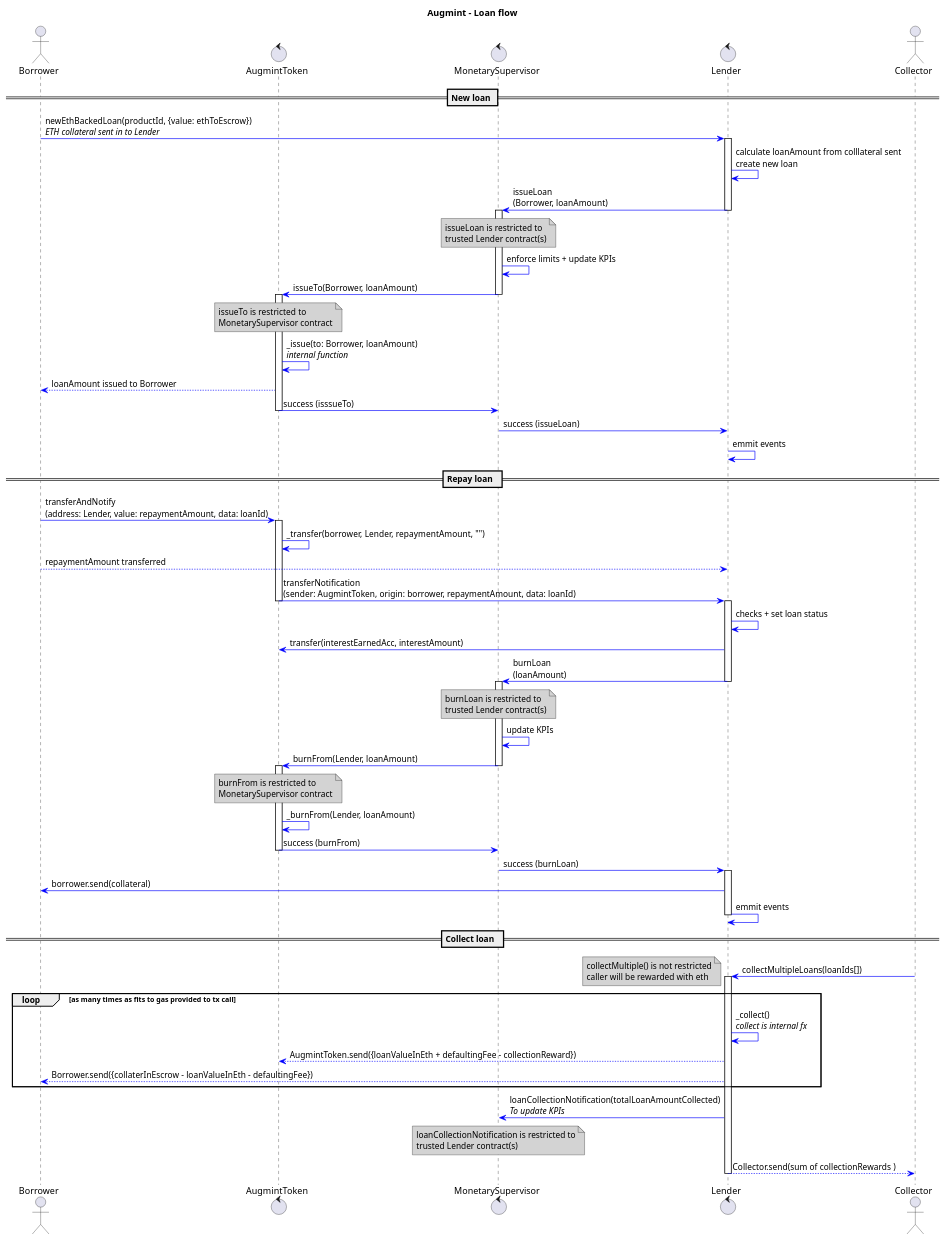
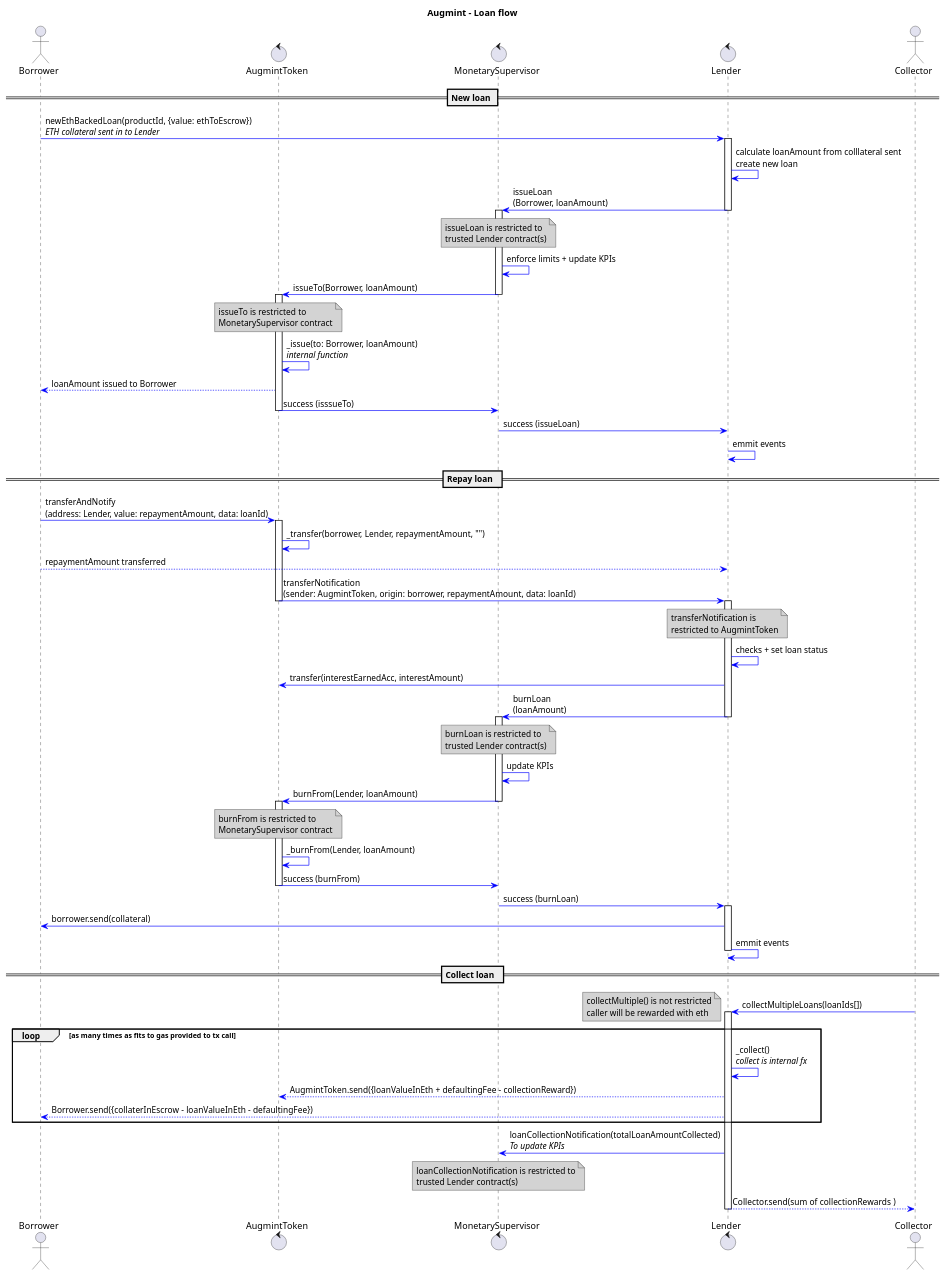
One commit to Augmint/augmint-contracts changed the diagram in docs/loanFlow.plantuml. Above: the diagram before and after it, drawn with PlantUML. The commit also changed 5 other files, not shown here.

Commit message:
minor sequence diagram updates (notes + placeSellTokenOrder) #2

```diff
--- a/docs/loanFlow.plantuml
+++ b/docs/loanFlow.plantuml
@@ -1,104 +1,108 @@
 @startuml
 title **Augmint** - Loan flow
 skinparam ArrowColor #blue
 skinparam noteBackgroundColor #lightgrey
 
 actor Borrower
 control AugmintToken
 control MonetarySupervisor
 control Lender
 actor Collector
 
 == New loan ==
 Borrower -> Lender : newEthBackedLoan(productId, {value: ethToEscrow})\n//ETH collateral sent in to Lender//
 
 activate Lender
     Lender -> Lender : calculate loanAmount from colllateral sent\ncreate new loan
     Lender -> MonetarySupervisor : issueLoan\n(Borrower, loanAmount)
 deactivate Lender
 
 activate MonetarySupervisor
     note over MonetarySupervisor
         issueLoan is restricted to
         trusted Lender contract(s)
     end note
     MonetarySupervisor -> MonetarySupervisor : enforce limits + update KPIs
     MonetarySupervisor -> AugmintToken : issueTo(Borrower, loanAmount)
 deactivate MonetarySupervisor
 
 activate AugmintToken
     note over AugmintToken
         issueTo is restricted to
         MonetarySupervisor contract
     end note
     AugmintToken -> AugmintToken : _issue(to: Borrower, loanAmount)\n//internal function//
     AugmintToken --> Borrower : loanAmount issued to Borrower
     AugmintToken -> MonetarySupervisor : success (isssueTo)
 deactivate AugmintToken
 
 MonetarySupervisor -> Lender : success (issueLoan)
 
 Lender -> Lender : emmit events
 
 == Repay loan  ==
 Borrower -> AugmintToken : transferAndNotify\n(address: Lender, value: repaymentAmount, data: loanId)
 
 activate AugmintToken
     AugmintToken -> AugmintToken : _transfer(borrower, Lender, repaymentAmount, "")
     Borrower --> Lender : repaymentAmount transferred
     AugmintToken -> Lender : transferNotification\n(sender: AugmintToken, origin: borrower, repaymentAmount, data: loanId)
+    note over Lender
+        transferNotification is
+        restricted to AugmintToken
+    end note
 deactivate AugmintToken
 
 activate Lender
     Lender -> Lender : checks + set loan status
     Lender -> AugmintToken : transfer(interestEarnedAcc, interestAmount)
     Lender -> MonetarySupervisor : burnLoan\n(loanAmount)
     note over MonetarySupervisor
         burnLoan is restricted to
         trusted Lender contract(s)
     end note
 deactivate Lender
 
 activate MonetarySupervisor
     MonetarySupervisor -> MonetarySupervisor : update KPIs
     MonetarySupervisor -> AugmintToken : burnFrom(Lender, loanAmount)
     note over AugmintToken
         burnFrom is restricted to
         MonetarySupervisor contract
     end note
 deactivate MonetarySupervisor
 
 activate AugmintToken
     AugmintToken -> AugmintToken : _burnFrom(Lender, loanAmount)
     AugmintToken -> MonetarySupervisor : success (burnFrom)
 deactivate AugmintToken
 
 MonetarySupervisor -> Lender : success (burnLoan)
 
 activate Lender
 Lender -> Borrower : borrower.send(collateral)
 Lender -> Lender : emmit events
 deactivate Lender
 
 == Collect loan  ==
 Collector -> Lender : collectMultipleLoans(loanIds[])
 note left
     collectMultiple() is not restricted
     caller will be rewarded with eth
 end note
 activate Lender
 
 loop as many times as fits to gas provided to tx call
     Lender -> Lender : _collect()\n//collect is internal fx//
     Lender --> AugmintToken : AugmintToken.send({loanValueInEth + defaultingFee - collectionReward})
     Lender --> Borrower : Borrower.send({collaterInEscrow - loanValueInEth - defaultingFee})
 end
 Lender -> MonetarySupervisor : loanCollectionNotification(totalLoanAmountCollected)\n//To update KPIs//
 note over MonetarySupervisor
     loanCollectionNotification is restricted to
     trusted Lender contract(s)
 end note
 Lender --> Collector : Collector.send(sum of collectionRewards )
 
 deactivate Lender
 @enduml
```
